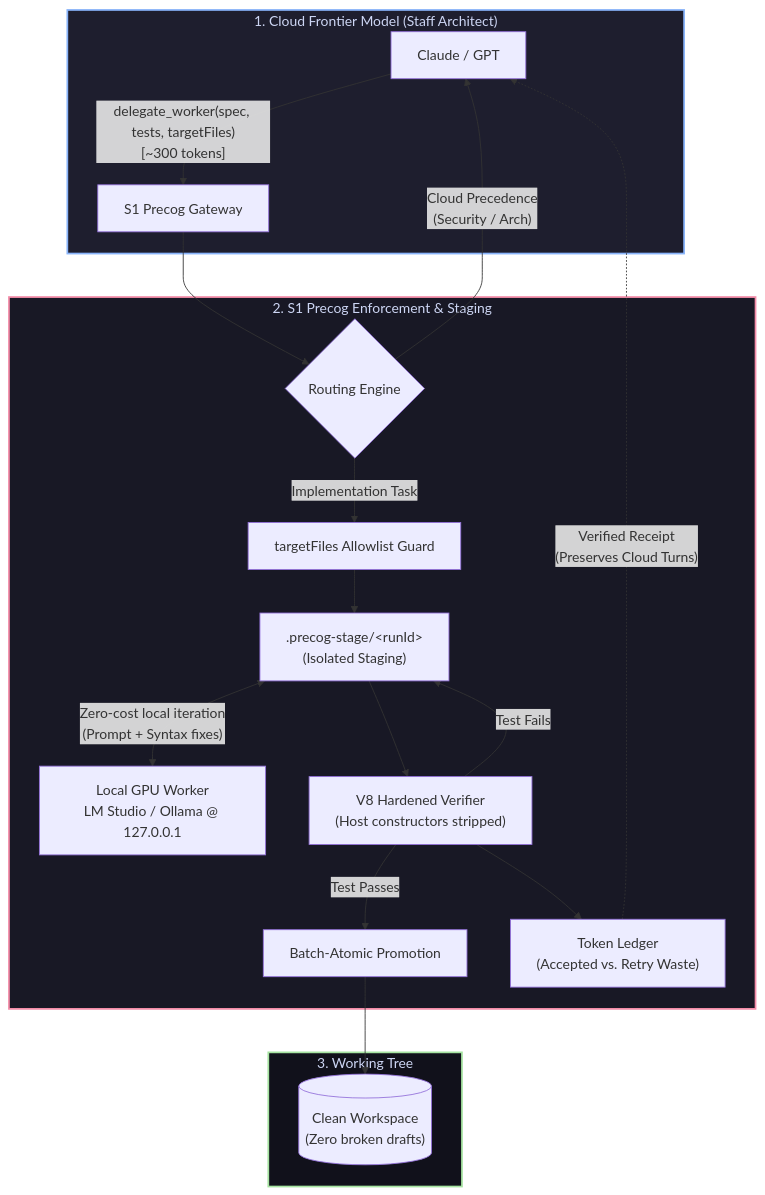
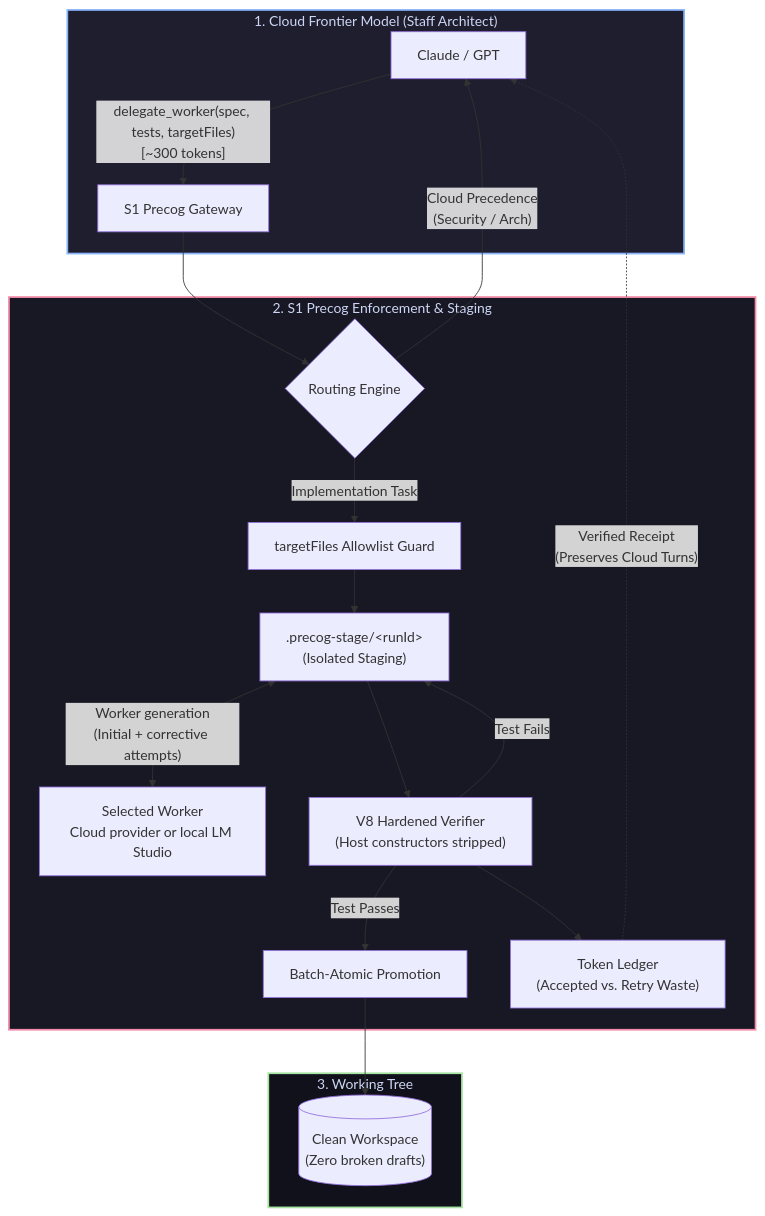
The diagram in README.md (jjmlovesgit/codex-s1), drawn with Mermaid before and after one commit. The commit also changed other lines of this file and 22 other files, not shown here.

````diff
--- a/README.md
+++ b/README.md
@@ -86,31 +86,31 @@
 ```mermaid
 flowchart TD
     subgraph Cloud ["1. Cloud Frontier Model (Staff Architect)"]
         A["Claude / GPT"] -->|"delegate_worker(spec, tests, targetFiles)<br/>[~300 tokens]"| B["S1 Precog Gateway"]
     end
 
     subgraph Gateway ["2. S1 Precog Enforcement & Staging"]
         B --> C{"Routing Engine"}
         C -->|"Cloud Precedence<br/>(Security / Arch)"| A
         C -->|"Implementation Task"| D["targetFiles Allowlist Guard"]
         D --> E[".precog-stage/&lt;runId&gt;<br/>(Isolated Staging)"]
         
-        E <-->|"Zero-cost local iteration<br/>(Prompt + Syntax fixes)"| F["Local GPU Worker<br/>LM Studio / Ollama @ 127.0.0.1"]
+        E <-->|"Worker generation<br/>(Initial + corrective attempts)"| F["Selected Worker<br/>Cloud provider or local LM Studio"]
         
         E --> G["V8 Hardened Verifier<br/>(Host constructors stripped)"]
         G -- "Test Fails" --> E
         G -- "Test Passes" --> H["Batch-Atomic Promotion"]
         
         G --> I["Token Ledger<br/>(Accepted vs. Retry Waste)"]
     end
 
     subgraph Disk ["3. Working Tree"]
         H --> J[("Clean Workspace<br/>(Zero broken drafts)")]
     end
 
     I -.->|"Verified Receipt<br/>(Preserves Cloud Turns)"| A
 
     style Cloud fill:#1e1e2e,stroke:#89b4fa,stroke-width:2px,color:#cdd6f4
     style Gateway fill:#181825,stroke:#f38ba8,stroke-width:2px,color:#cdd6f4
     style Disk fill:#11111b,stroke:#a6e3a1,stroke-width:2px,color:#cdd6f4
 ```
````
